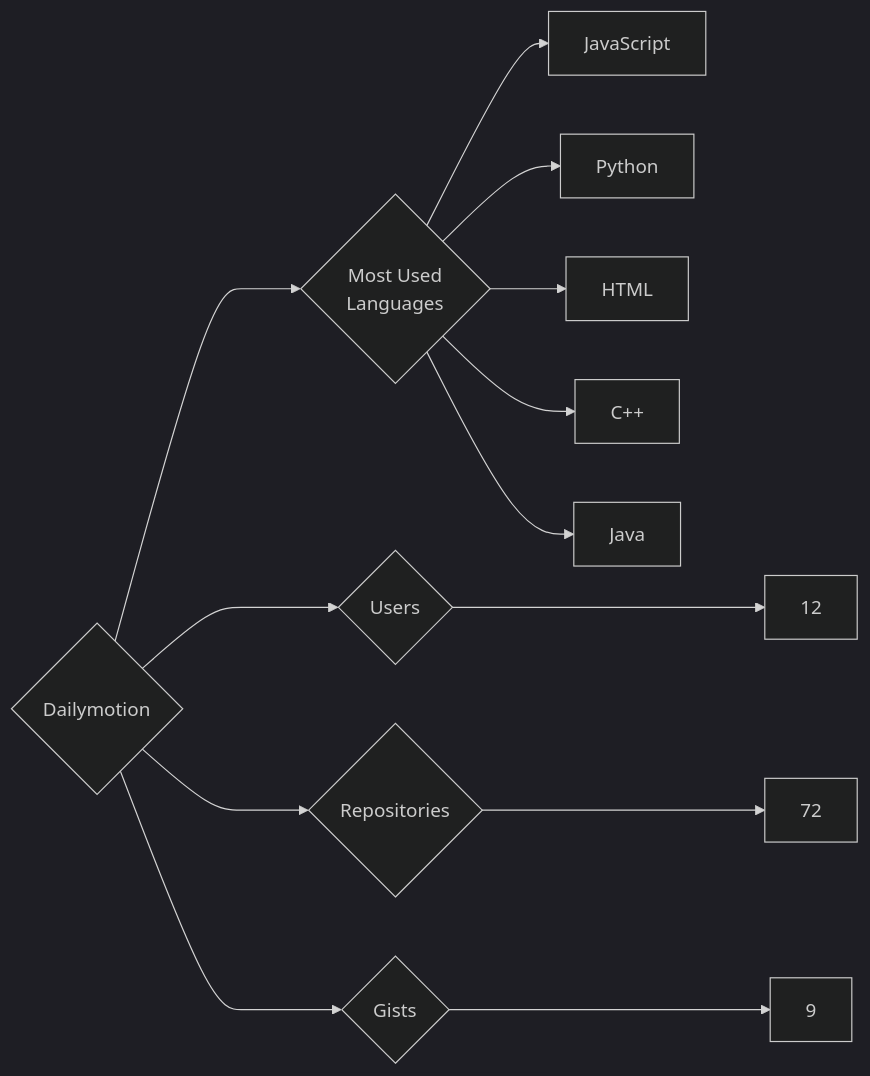
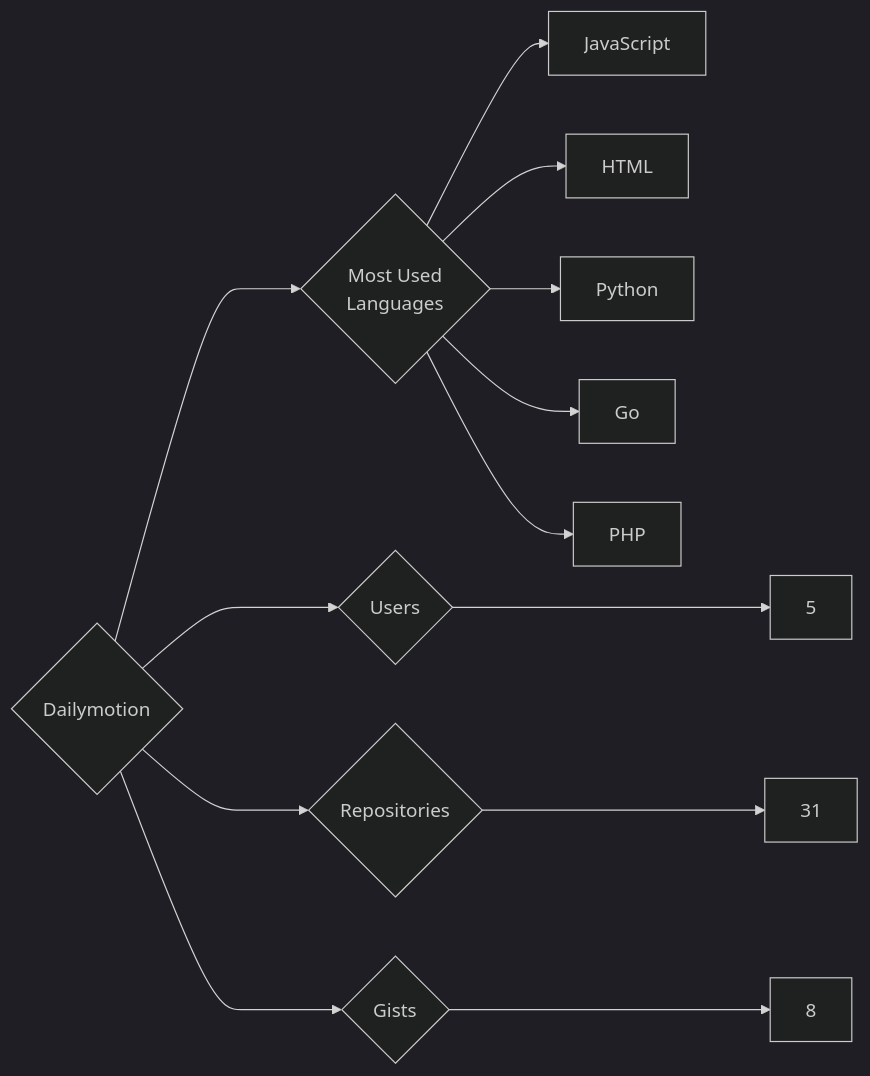
Before and after one commit to trickest/insiders: the diagram in targets/Dailymotion/README.md, drawn with Mermaid (dark theme). The commit also changed 823 other files, not shown here.

````diff
--- a/targets/Dailymotion/README.md
+++ b/targets/Dailymotion/README.md
@@ -3,13 +3,13 @@
 ```mermaid
 graph LR
 COMPANY_NAME{Dailymotion}
-COMPANY_NAME ---> U{Users} ---> UN[12]
-COMPANY_NAME ---> R{Repositories} ---> RN[72]
-COMPANY_NAME ---> G{Gists} ---> GN[9]
+COMPANY_NAME ---> U{Users} ---> UN[5]
+COMPANY_NAME ---> R{Repositories} ---> RN[31]
+COMPANY_NAME ---> G{Gists} ---> GN[8]
 COMPANY_NAME ---> ML{Most Used<br>Languages}
 ML --> JavaScript[JavaScript]
+ML --> HTML[HTML]
 ML --> Python[Python]
-ML --> HTML[HTML]
-ML --> C++[C++]
-ML --> Java[Java]
+ML --> Go[Go]
+ML --> PHP[PHP]
 ```
````
